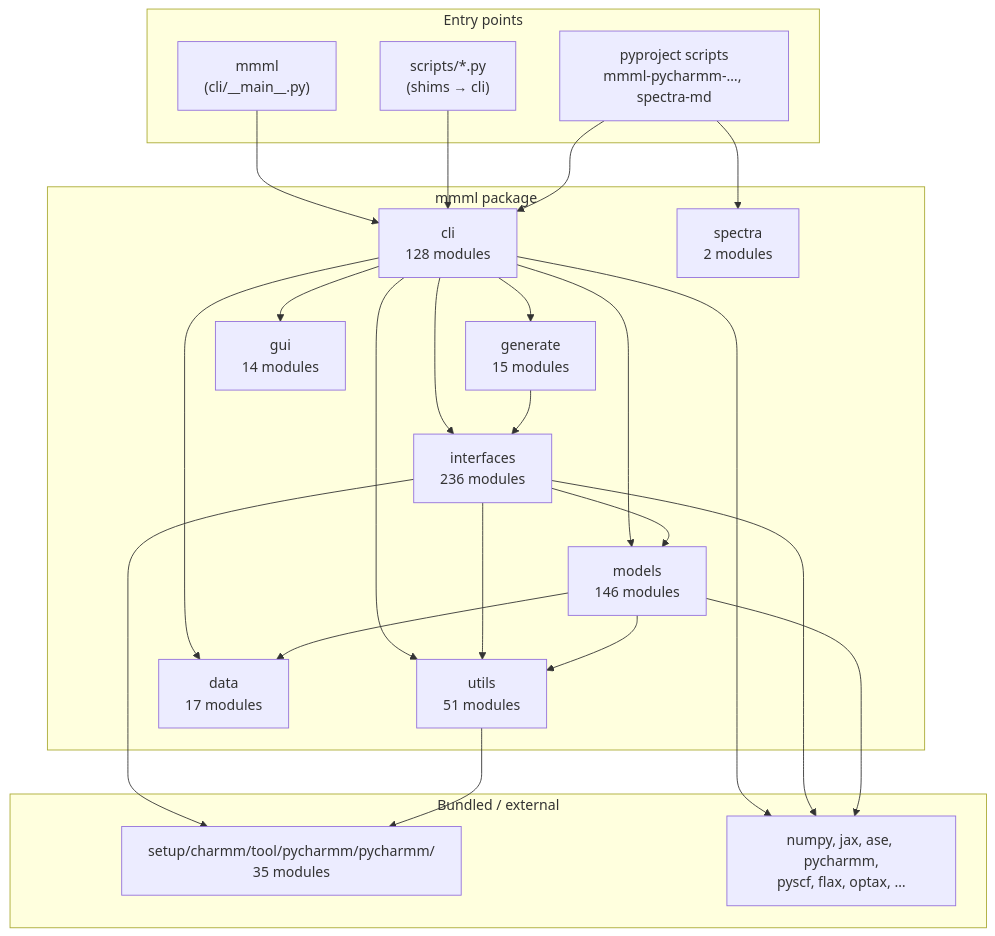
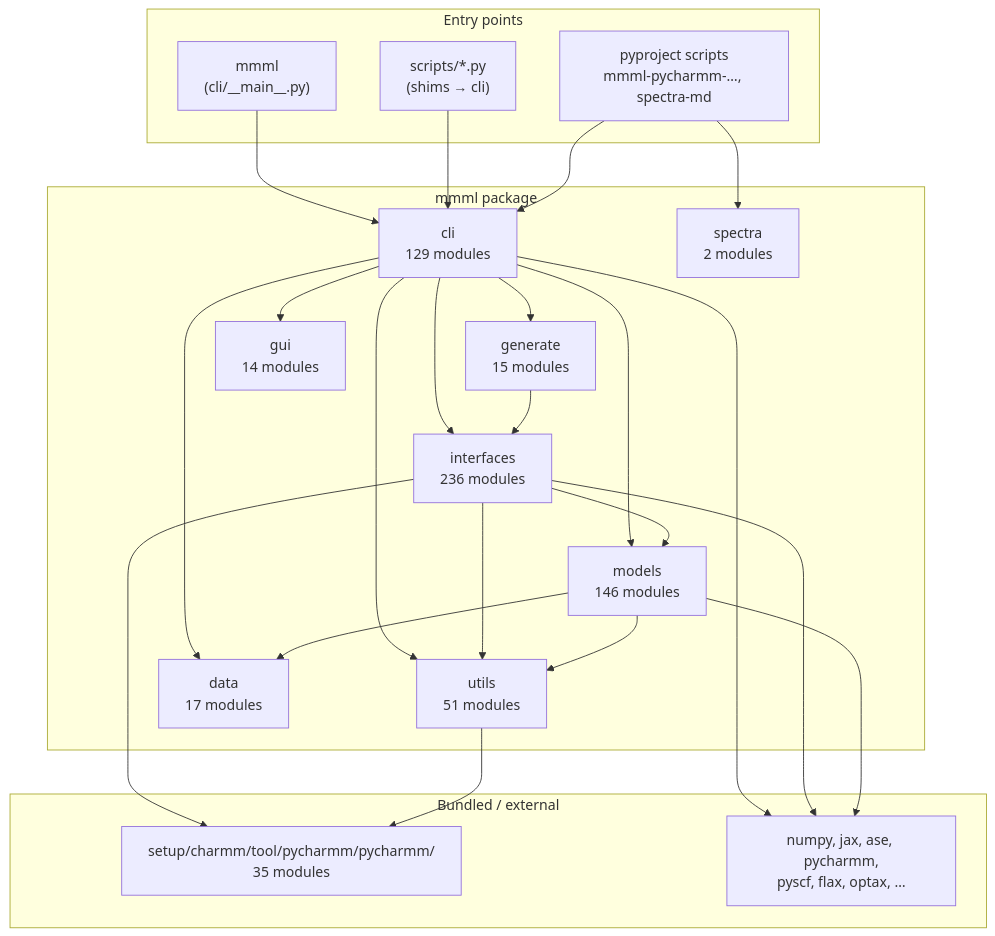
One commit to EricBoittier/mmml changed the first of 8 diagrams in docs/package-architecture.md. Above: the diagram before and after it, drawn with Mermaid. The commit also changed other lines of this file and 21 other files, not shown here.

````diff
--- a/docs/package-architecture.md
+++ b/docs/package-architecture.md
@@ -13,48 +13,48 @@
 ```mermaid
 flowchart TB
   subgraph entry["Entry points"]
     MMML["mmml\n(cli/__main__.py)"]
     SCRIPTS["scripts/*.py\n(shims → cli)"]
     PKG["pyproject scripts\nmmml-pycharmm-…, spectra-md"]
   end
 
   subgraph mmml_pkg["mmml package"]
-    CLI["cli\n128 modules"]
+    CLI["cli\n129 modules"]
     IFACE["interfaces\n236 modules"]
     MODELS["models\n146 modules"]
     UTILS["utils\n51 modules"]
     DATA["data\n17 modules"]
     GEN["generate\n15 modules"]
     GUI["gui\n14 modules"]
     SPEC["spectra\n2 modules"]
   end
 
   subgraph vendor["Bundled / external"]
     PYCH["setup/charmm/tool/pycharmm/pycharmm/\n35 modules"]
     EXT["numpy, jax, ase, pycharmm,\npyscf, flax, optax, …"]
   end
 
   MMML --> CLI
   SCRIPTS --> CLI
   PKG --> CLI
   PKG --> SPEC
 
   CLI --> IFACE
   CLI --> MODELS
   CLI --> DATA
   CLI --> UTILS
   CLI --> GEN
   CLI --> GUI
 
   IFACE --> MODELS
   IFACE --> UTILS
   IFACE --> PYCH
   MODELS --> UTILS
   MODELS --> DATA
   UTILS --> PYCH
   GEN --> IFACE
 
   CLI --> EXT
   IFACE --> EXT
   MODELS --> EXT
 ```
````
